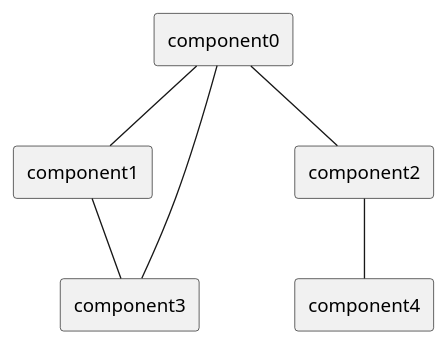
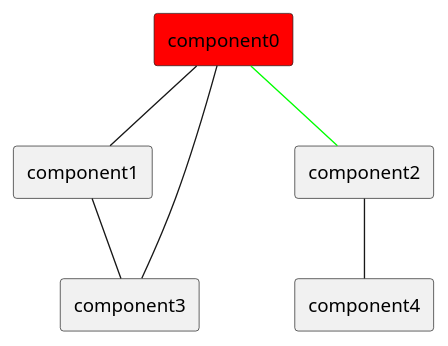
One commit to wiloon/blog changed the sixth of 6 diagrams in content/post/archive-3/2020-01-26-plantuml-puml-vs-code.md. Above: the diagram before and after it, drawn with PlantUML. The commit also changed other lines of this file and 7 other files, not shown here.

````diff
--- a/content/post/archive-3/2020-01-26-plantuml-puml-vs-code.md
+++ b/content/post/archive-3/2020-01-26-plantuml-puml-vs-code.md
@@ -98,18 +101,18 @@
 ```puml
 @startuml
 skinparam componentStyle rectangle
 
-[component0] as c0
+[component0] as c0 #ff0000
 [component1] as c1
 [component2] as c2
 [component3] as c3
 [component4] as c4
 
 c0 -- c1
-c0--c2
+c0-[#00ff00]-c2
 c1--c3
 c0--c3
 
 c2--c4
 @enduml
 ```
````
